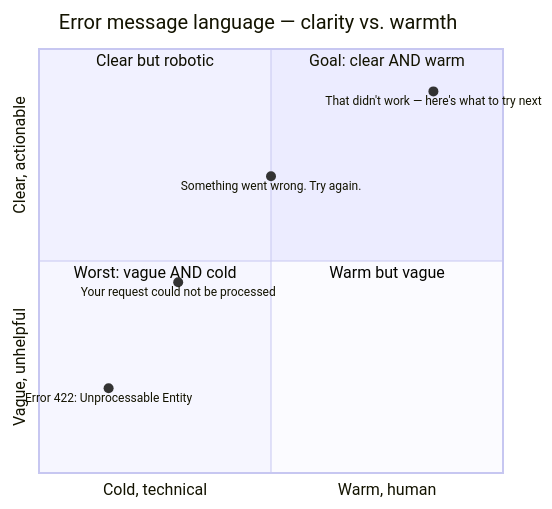
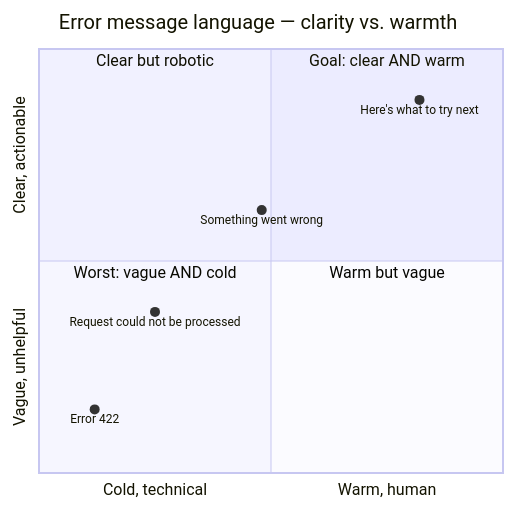
The diagram in content/books/small-mercies/images/fig-6.2-the-language-spectrum.mmd (mugglemagic/markbasford.co.uk), drawn with Mermaid before and after one commit. The commit also changed 14 other files, not shown here.

Commit message:
Add PDF generation scripts and update figure layouts for "Small Mercies"

```diff
--- a/content/books/small-mercies/images/fig-6.2-the-language-spectrum.mmd
+++ b/content/books/small-mercies/images/fig-6.2-the-language-spectrum.mmd
@@ -1,12 +1,12 @@
 quadrantChart
     title Error message language — clarity vs. warmth
     x-axis "Cold, technical" --> "Warm, human"
     y-axis "Vague, unhelpful" --> "Clear, actionable"
     quadrant-1 "Goal: clear AND warm"
     quadrant-2 "Clear but robotic"
     quadrant-3 "Worst: vague AND cold"
     quadrant-4 "Warm but vague"
-    "Error 422: Unprocessable Entity": [0.15, 0.2]
-    "Your request could not be processed": [0.3, 0.45]
-    "Something went wrong. Try again.": [0.5, 0.7]
-    "That didn't work — here's what to try next": [0.85, 0.9]
+    "Error 422": [0.12, 0.15]
+    "Request could not be processed": [0.25, 0.38]
+    "Something went wrong": [0.48, 0.62]
+    "Here's what to try next": [0.82, 0.88]
```
